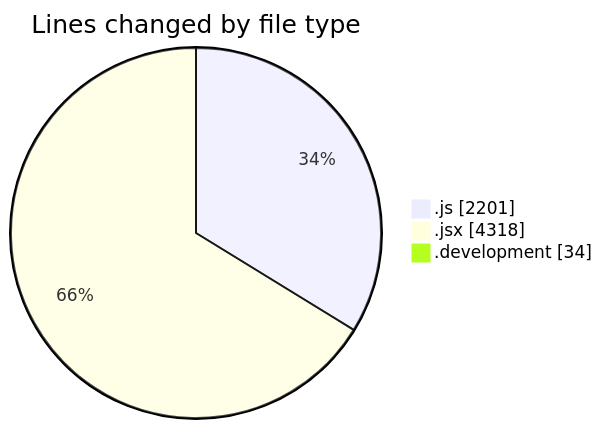
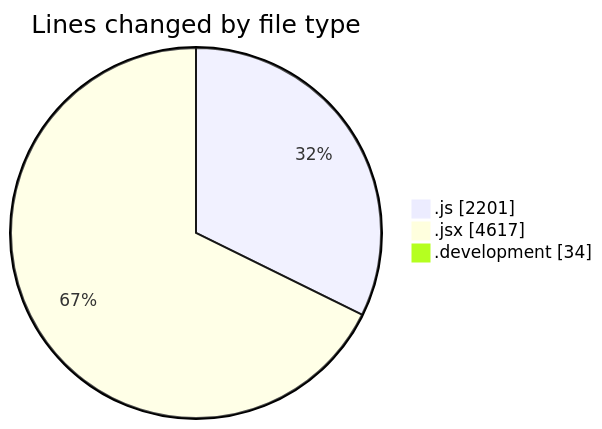
Before and after one commit to nxtqubesakshisongat/code-tracking: the first of 2 diagrams in 2025-09-18/nxtqube_webapp/README.md, drawn with Mermaid. The commit also changed other lines of this file and 1 other file, not shown here.

````diff
--- a/2025-09-18/nxtqube_webapp/README.md
+++ b/2025-09-18/nxtqube_webapp/README.md
@@ -36,7 +37,7 @@
 ```mermaid
 pie showData
 title Lines changed by file type
 ".js" : 2201
-".jsx" : 4318
+".jsx" : 4617
 ".development" : 34
 ```
````
